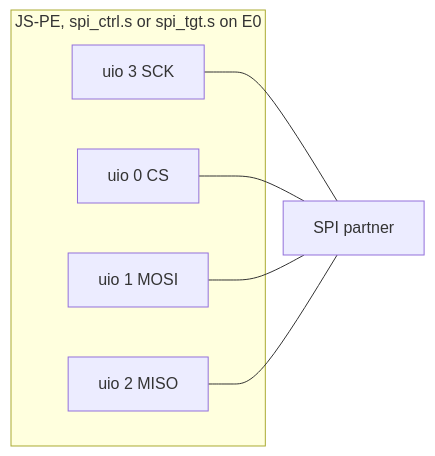
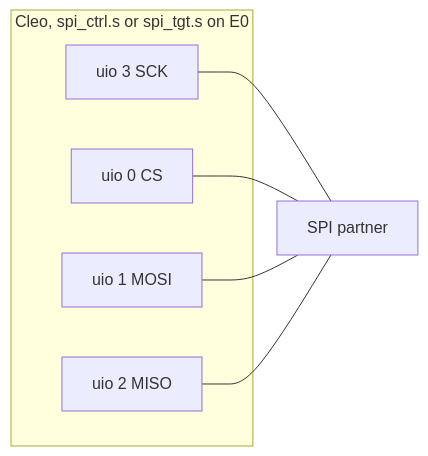
One commit to NotCleo/JS-PE changed the second of 6 diagrams in docs/INTERFACING.md. Above: the diagram before and after it, drawn with Mermaid. The commit also changed other lines of this file and 13 other files, not shown here.

Commit message:
readme: shorter rewrite, timeline removed; chip renamed Cleo in docs, info.yaml title and sw headers

````diff
--- a/docs/INTERFACING.md
+++ b/docs/INTERFACING.md
@@ -58,13 +58,13 @@
 ```mermaid
 flowchart LR
-  subgraph JSPE[JS-PE, spi_ctrl.s or spi_tgt.s on E0]
+  subgraph JSPE[Cleo, spi_ctrl.s or spi_tgt.s on E0]
     SCK[uio 3 SCK]
     CS[uio 0 CS]
     MOSI[uio 1 MOSI]
     MISO[uio 2 MISO]
   end
   SCK --- P[SPI partner]
   CS --- P
   MOSI --- P
   MISO --- P
 ```
````
